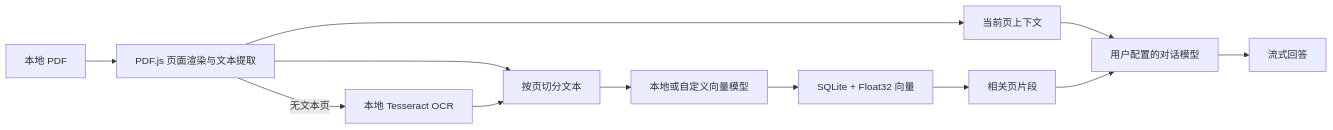
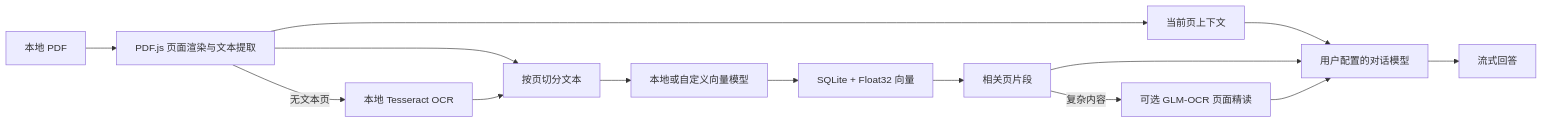
Before and after one commit to Aana11/margin-pdf-reader: the diagram in README.md, drawn with Mermaid. The commit also changed other lines of this file and 14 other files, not shown here.

Commit message:
feat: add GLM-OCR retrieval deep reading

````diff
--- a/README.md
+++ b/README.md
@@ -56,14 +57,16 @@
 ```mermaid
 flowchart LR
     PDF[本地 PDF] --> JS[PDF.js 页面渲染与文本提取]
     JS --> PAGE[当前页上下文]
     JS -->|无文本页| OCR[本地 Tesseract OCR]
     JS --> CHUNK[按页切分文本]
     OCR --> CHUNK
     CHUNK --> EMBED[本地或自定义向量模型]
     EMBED --> INDEX[SQLite + Float32 向量]
     INDEX --> MATCH[相关页片段]
+    MATCH -->|复杂内容| GLM[可选 GLM-OCR 页面精读]
     PAGE --> CHAT[用户配置的对话模型]
     MATCH --> CHAT
+    GLM --> CHAT
     CHAT --> UI[流式回答]
 ```
````
